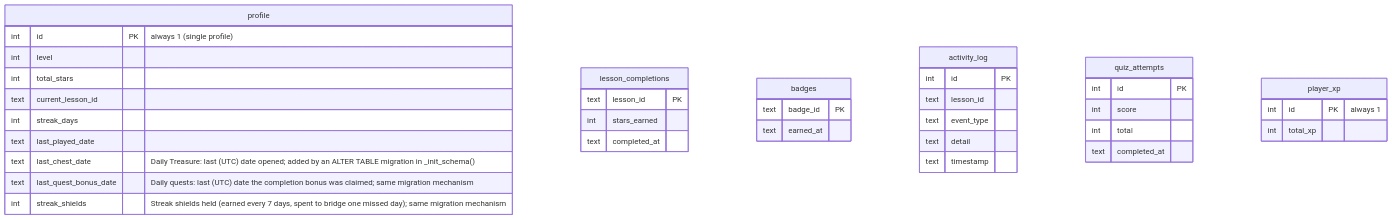
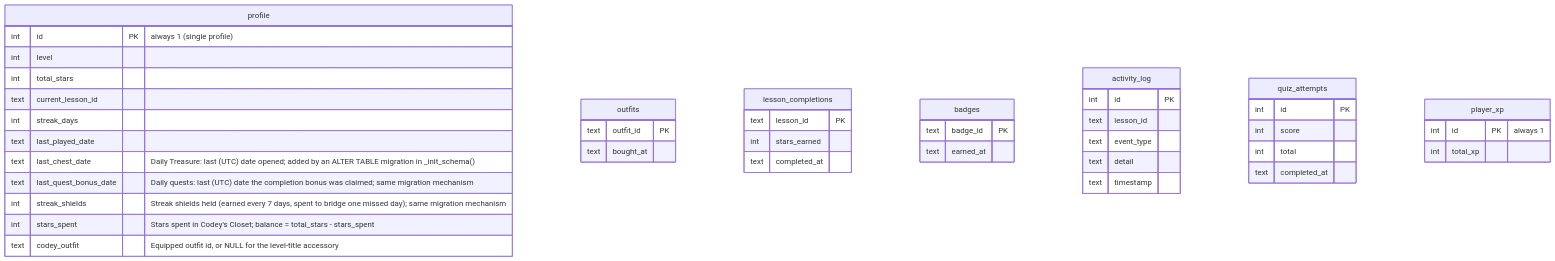
One commit to shreejitpanchal/python-adventure-kids changed the tenth of 10 diagrams in docs/ARCHITECTURE.md. Above: the diagram before and after it, drawn with Mermaid. The commit also changed 19 other files, not shown here.

First line of the commit message:
Add Codey's Closet (outfits bought with stars) and an offline weekly league

````diff
--- a/docs/ARCHITECTURE.md
+++ b/docs/ARCHITECTURE.md
@@ -486,40 +486,46 @@
 ```mermaid
 erDiagram
     profile {
         int id PK "always 1 (single profile)"
         int level
         int total_stars
         text current_lesson_id
         int streak_days
         text last_played_date
         text last_chest_date "Daily Treasure: last (UTC) date opened; added by an ALTER TABLE migration in _init_schema()"
         text last_quest_bonus_date "Daily quests: last (UTC) date the completion bonus was claimed; same migration mechanism"
         int streak_shields "Streak shields held (earned every 7 days, spent to bridge one missed day); same migration mechanism"
+        int stars_spent "Stars spent in Codey's Closet; balance = total_stars - stars_spent"
+        text codey_outfit "Equipped outfit id, or NULL for the level-title accessory"
+    }
+    outfits {
+        text outfit_id PK
+        text bought_at
     }
     lesson_completions {
         text lesson_id PK
         int stars_earned
         text completed_at
     }
     badges {
         text badge_id PK
         text earned_at
     }
     activity_log {
         int id PK
         text lesson_id
         text event_type
         text detail
         text timestamp
     }
     quiz_attempts {
         int id PK
         int score
         int total
         text completed_at
     }
     player_xp {
         int id PK "always 1"
         int total_xp
     }
 ```
````
